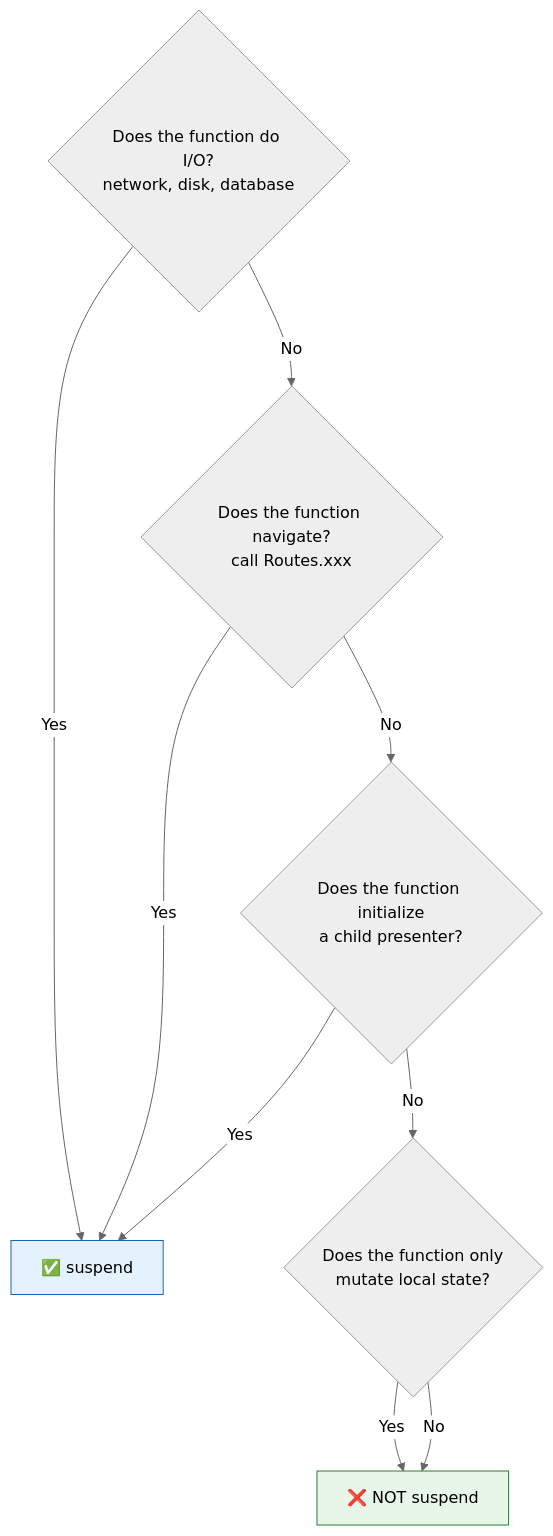
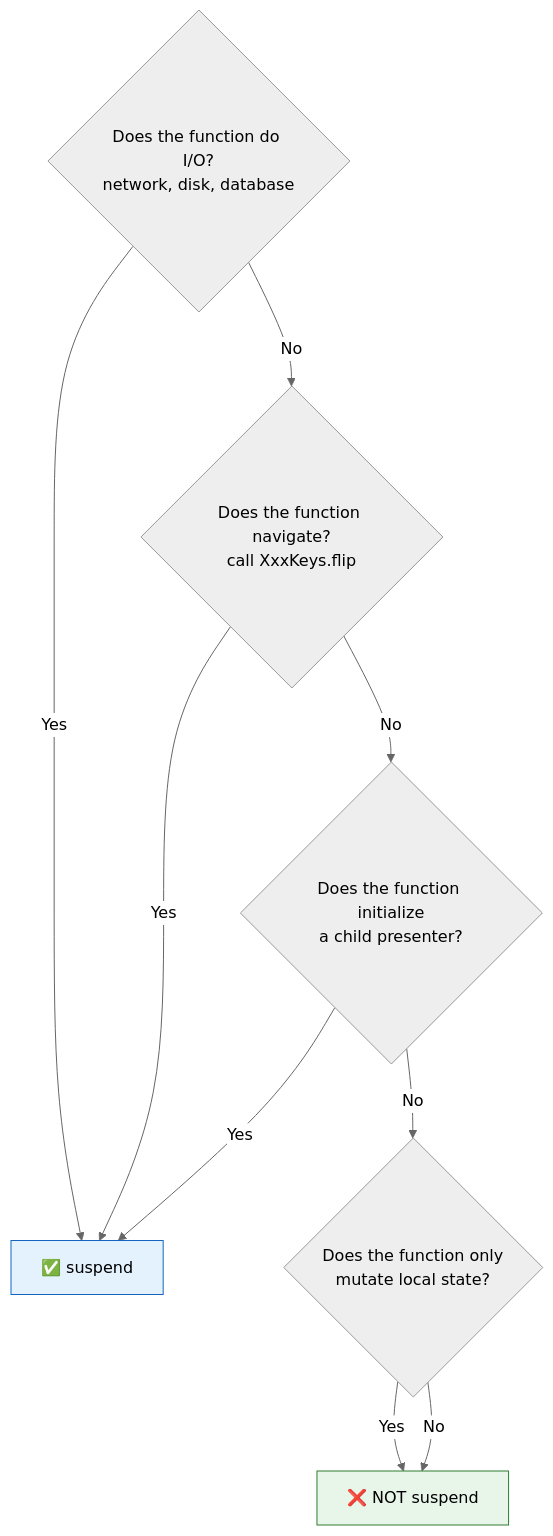
Before and after one commit to mrcdom/wdc-cube-kotlin: diagram 16 of 19 in docs/architecture-cube.md, drawn with Mermaid (neutral theme). The commit also changed other lines of this file and 27 other files, not shown here.

````diff
--- a/docs/architecture-cube.md
+++ b/docs/architecture-cube.md
@@ -884,19 +889,19 @@
 ```mermaid
 flowchart TD
     Q1{Does the function do I/O?\nnetwork, disk, database}
-    Q2{Does the function navigate?\ncall Routes.xxx}
+    Q2{Does the function navigate?\ncall XxxKeys.flip}
     Q3{Does the function initialize\na child presenter?}
     Q4{Does the function only\nmutate local state?}
 
     Q1 -->|Yes| SUSPEND["✅ suspend"]
     Q1 -->|No| Q2
     Q2 -->|Yes| SUSPEND
     Q2 -->|No| Q3
     Q3 -->|Yes| SUSPEND
     Q3 -->|No| Q4
     Q4 -->|Yes| NOSUSPEND["❌ NOT suspend"]
     Q4 -->|No| NOSUSPEND
 
     style SUSPEND fill:#e3f2fd,stroke:#1565c0
     style NOSUSPEND fill:#e8f5e9,stroke:#2e7d32
 ```
````
